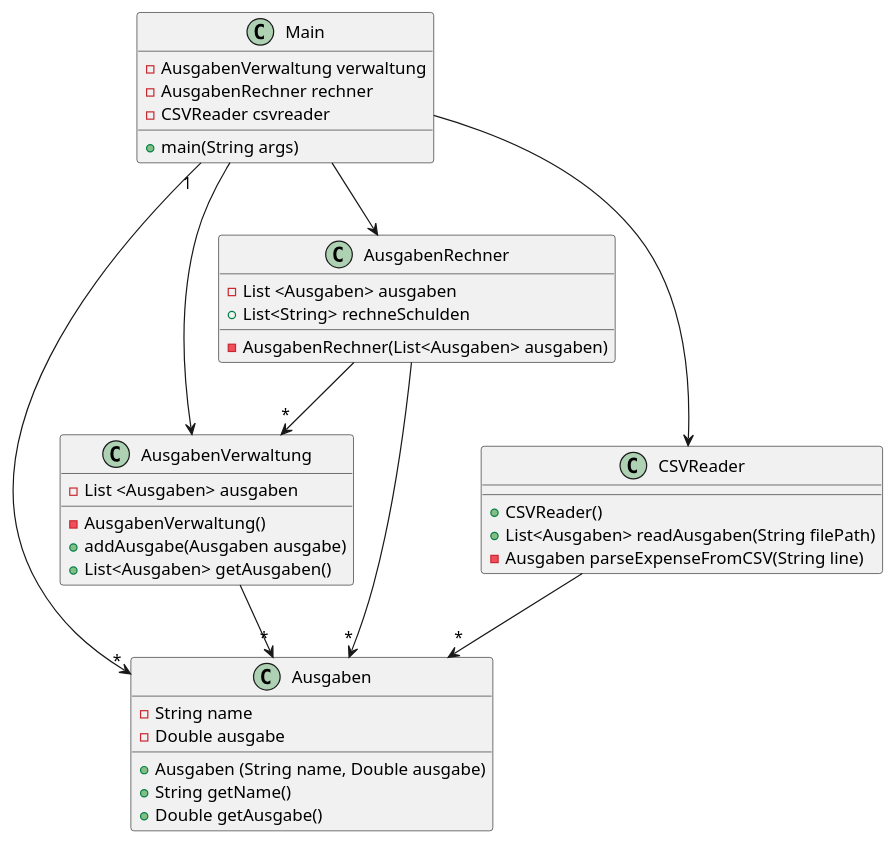
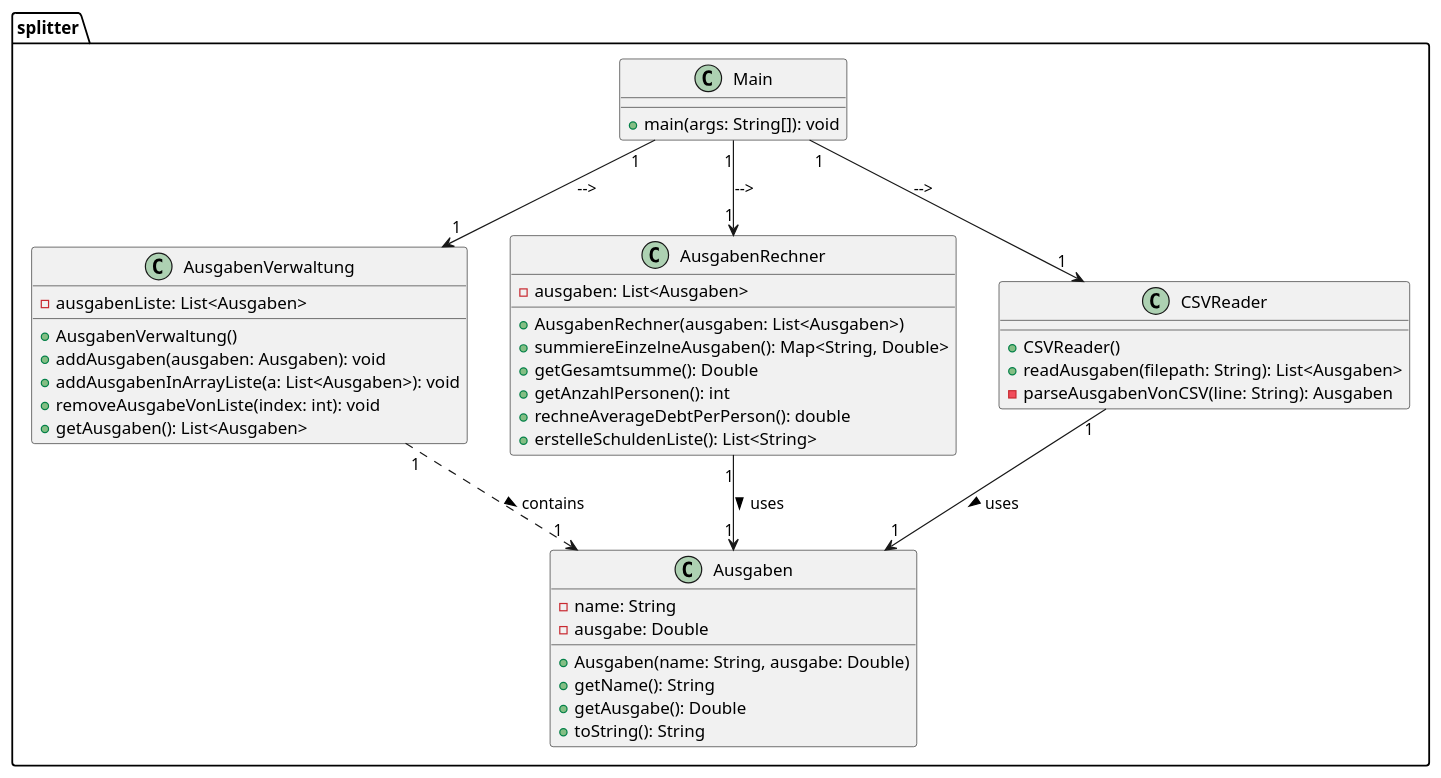
Before and after one commit to Hungfu123/SplitMoneyApp: the diagram in src/main/java/splitter/Plan.puml, drawn with PlantUML.

```diff
--- a/src/main/java/splitter/Plan.puml
+++ b/src/main/java/splitter/Plan.puml
@@ -1,49 +1,51 @@
 @startuml
-class Ausgaben {
-- String name
-- Double ausgabe
-+ Ausgaben (String name, Double ausgabe)
-+ String getName()
-+ Double getAusgabe()
+
+package splitter {
+    class Ausgaben {
+        - name: String
+        - ausgabe: Double
+        + Ausgaben(name: String, ausgabe: Double)
+        + getName(): String
+        + getAusgabe(): Double
+        + toString(): String
+    }
+
+    class AusgabenVerwaltung {
+        - ausgabenListe: List<Ausgaben>
+        + AusgabenVerwaltung()
+        + addAusgaben(ausgaben: Ausgaben): void
+        + addAusgabenInArrayListe(a: List<Ausgaben>): void
+        + removeAusgabeVonListe(index: int): void
+        + getAusgaben(): List<Ausgaben>
+    }
+
+    class AusgabenRechner {
+        - ausgaben: List<Ausgaben>
+        + AusgabenRechner(ausgaben: List<Ausgaben>)
+        + summiereEinzelneAusgaben(): Map<String, Double>
+        + getGesamtsumme(): Double
+        + getAnzahlPersonen(): int
+        + rechneAverageDebtPerPerson(): double
+        + erstelleSchuldenListe(): List<String>
+    }
+
+    class CSVReader {
+        + CSVReader()
+        + readAusgaben(filepath: String): List<Ausgaben>
+        - parseAusgabenVonCSV(line: String): Ausgaben
+    }
+
+    class Main {
+        + main(args: String[]): void
+    }
+
+    AusgabenVerwaltung ..> Ausgaben : "1" contains > "1"
+    AusgabenRechner --> Ausgaben : "1" uses > "1"
+    Main --> CSVReader : "1" --> "1"
+    Main --> AusgabenVerwaltung : "1" --> "1"
+    Main --> AusgabenRechner : "1" --> "1"
+    CSVReader --> Ausgaben : "1" uses > "1"
 
 }
 
-class AusgabenVerwaltung{
--  List <Ausgaben> ausgaben
-- AusgabenVerwaltung()
-+addAusgabe(Ausgaben ausgabe)
-+List<Ausgaben> getAusgaben()
-
-}
-class AusgabenRechner{
--  List <Ausgaben> ausgaben
-- AusgabenRechner(List<Ausgaben> ausgaben)
-+ List<String> rechneSchulden
-
-}
-
-class CSVReader{
-+ CSVReader()
-+ List<Ausgaben> readAusgaben(String filePath)
-- Ausgaben parseExpenseFromCSV(String line)
-
-}
-
-class Main{
-- AusgabenVerwaltung verwaltung
-- AusgabenRechner rechner
-- CSVReader csvreader
-+ main(String args)
-
-}
-
-Main --> AusgabenVerwaltung
-Main --> AusgabenRechner
-Main -->CSVReader
-Main "1" --> "*" Ausgaben
-CSVReader --> "*" Ausgaben
-AusgabenVerwaltung --> "*" Ausgaben
-AusgabenRechner --> "*" Ausgaben
-AusgabenRechner --> "*" AusgabenVerwaltung
-
 @enduml
```
